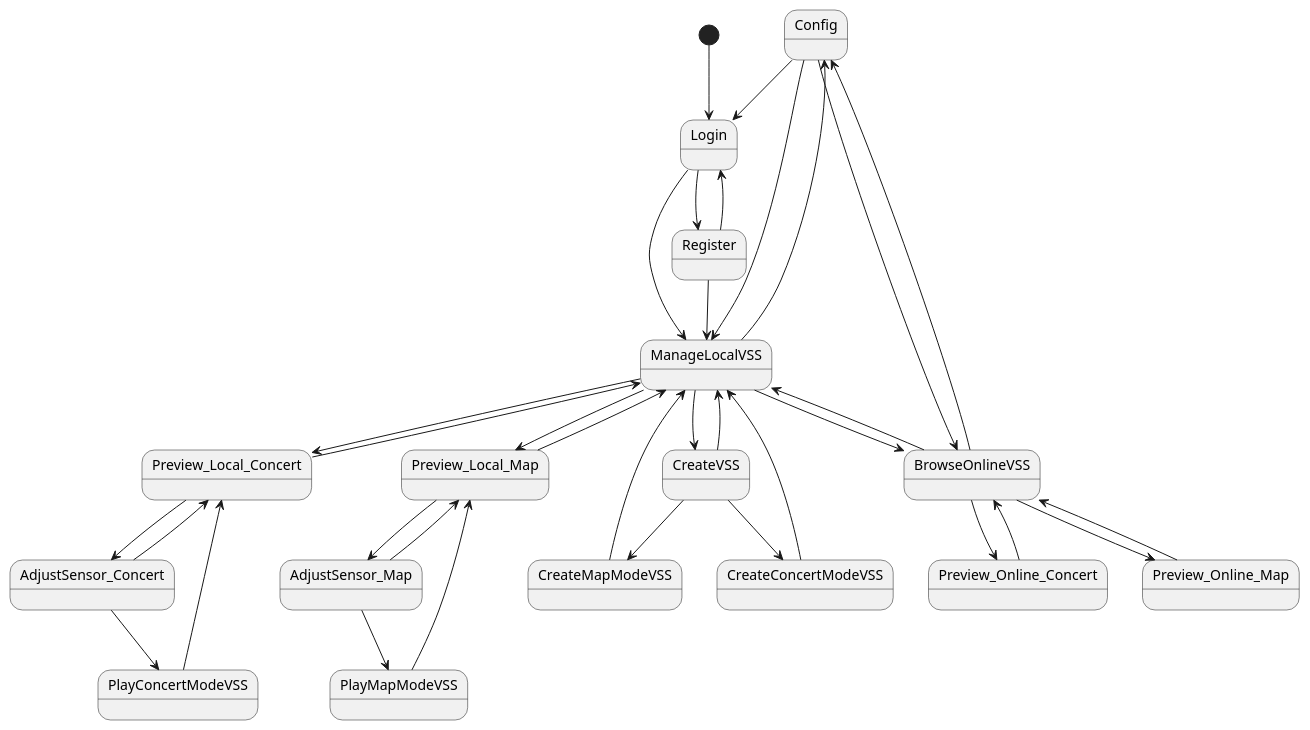
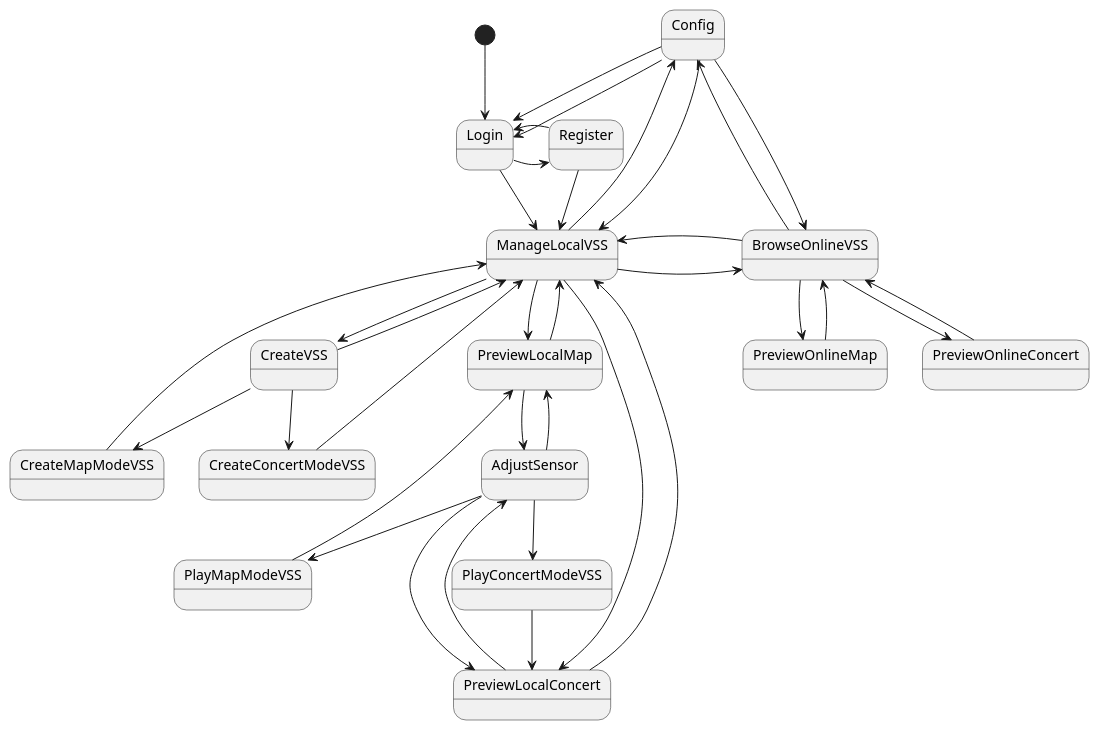
The fifth of 5 diagrams in 需求定义和分析/软件需求规约.md (kpp19920121/doc), drawn with PlantUML before and after one commit. The commit also changed other lines of this file, not shown here.

Commit message:
分成了四块（图片还没做，现在正在做，若干分钟后再po一次）

````diff
--- a/需求定义和分析/软件需求规约.md
+++ b/需求定义和分析/软件需求规约.md
@@ -896,41 +992,47 @@
 ```PlantUML
 @startuml
 Config --> Login
 
+Config --> Login
+
 [*] --> Login
-Login --> Register
-Register --> Login
-Register --> ManageLocalVSS
-Login --> ManageLocalVSS
-ManageLocalVSS --> Preview_Local_Map
-ManageLocalVSS --> Preview_Local_Concert
-Preview_Local_Map --> ManageLocalVSS
-Preview_Local_Concert --> ManageLocalVSS
-Preview_Local_Map --> AdjustSensor_Map
-Preview_Local_Concert --> AdjustSensor_Concert
-AdjustSensor_Map --> Preview_Local_Map
-AdjustSensor_Concert --> Preview_Local_Concert
-AdjustSensor_Map --> PlayMapModeVSS
-AdjustSensor_Concert --> PlayConcertModeVSS
-PlayMapModeVSS --> Preview_Local_Map
-PlayConcertModeVSS --> Preview_Local_Concert
-ManageLocalVSS --> BrowseOnlineVSS
-BrowseOnlineVSS --> ManageLocalVSS
-BrowseOnlineVSS --> Config
-Config --> BrowseOnlineVSS
-ManageLocalVSS --> Config
-Config --> ManageLocalVSS
-BrowseOnlineVSS --> Preview_Online_Concert
-Preview_Online_Concert --> BrowseOnlineVSS
-BrowseOnlineVSS --> Preview_Online_Map
-Preview_Online_Map --> BrowseOnlineVSS
+Login -left-> Register
+Register -right-> Login
+Register -down-> ManageLocalVSS
+Login -down-> ManageLocalVSS
+
+ManageLocalVSS --> PreviewLocalMap
+ManageLocalVSS --> PreviewLocalConcert
+PreviewLocalMap --> ManageLocalVSS
+PreviewLocalConcert --> ManageLocalVSS
+PreviewLocalMap --> AdjustSensor
+PreviewLocalConcert --> AdjustSensor
+AdjustSensor --> PreviewLocalMap
+AdjustSensor --> PreviewLocalConcert
+AdjustSensor --> PlayMapModeVSS
+AdjustSensor --> PlayConcertModeVSS
+PlayMapModeVSS --> PreviewLocalMap
+PlayConcertModeVSS --> PreviewLocalConcert
+
 ManageLocalVSS --> CreateVSS
 CreateVSS --> ManageLocalVSS
 CreateVSS --> CreateMapModeVSS
 CreateMapModeVSS --> ManageLocalVSS
 CreateVSS --> CreateConcertModeVSS
 CreateConcertModeVSS --> ManageLocalVSS
 
+ManageLocalVSS -> BrowseOnlineVSS
+BrowseOnlineVSS -> ManageLocalVSS
+
+BrowseOnlineVSS -up-> Config
+Config -down-> BrowseOnlineVSS
+ManageLocalVSS -up-> Config
+Config -down-> ManageLocalVSS
+
+BrowseOnlineVSS --> PreviewOnlineConcert
+PreviewOnlineConcert --> BrowseOnlineVSS
+BrowseOnlineVSS --> PreviewOnlineMap
+PreviewOnlineMap --> BrowseOnlineVSS
 
 @enduml
 ```
````
